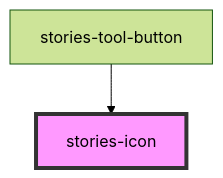
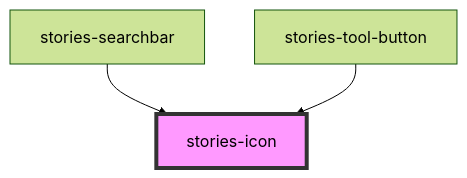
One commit to storiesjs/stories changed the diagram in lib/stories-ui/src/components/icon/readme.md. Above: the diagram before and after it, drawn with Mermaid (forest theme). The commit also changed other lines of this file and 91 other files, not shown here.

````diff
--- a/lib/stories-ui/src/components/icon/readme.md
+++ b/lib/stories-ui/src/components/icon/readme.md
@@ -22,5 +23,6 @@
 ```mermaid
 graph TD;
+  stories-searchbar --> stories-icon
   stories-tool-button --> stories-icon
   style stories-icon fill:#f9f,stroke:#333,stroke-width:4px
 ```
````
